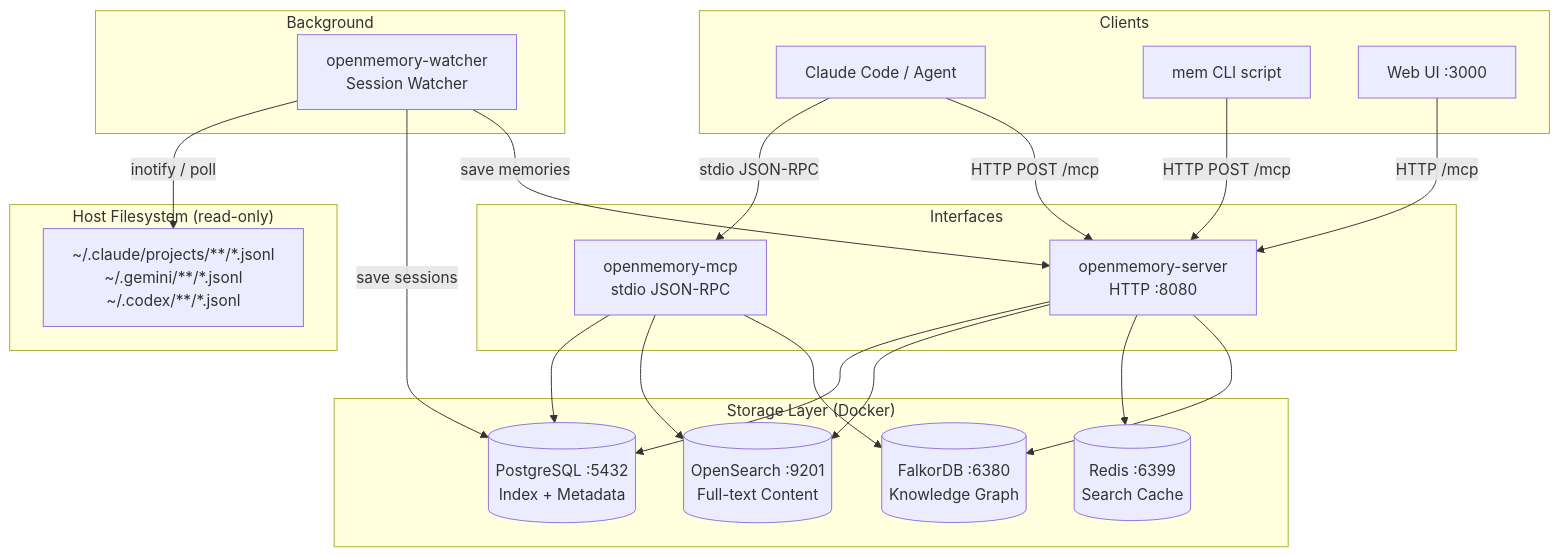
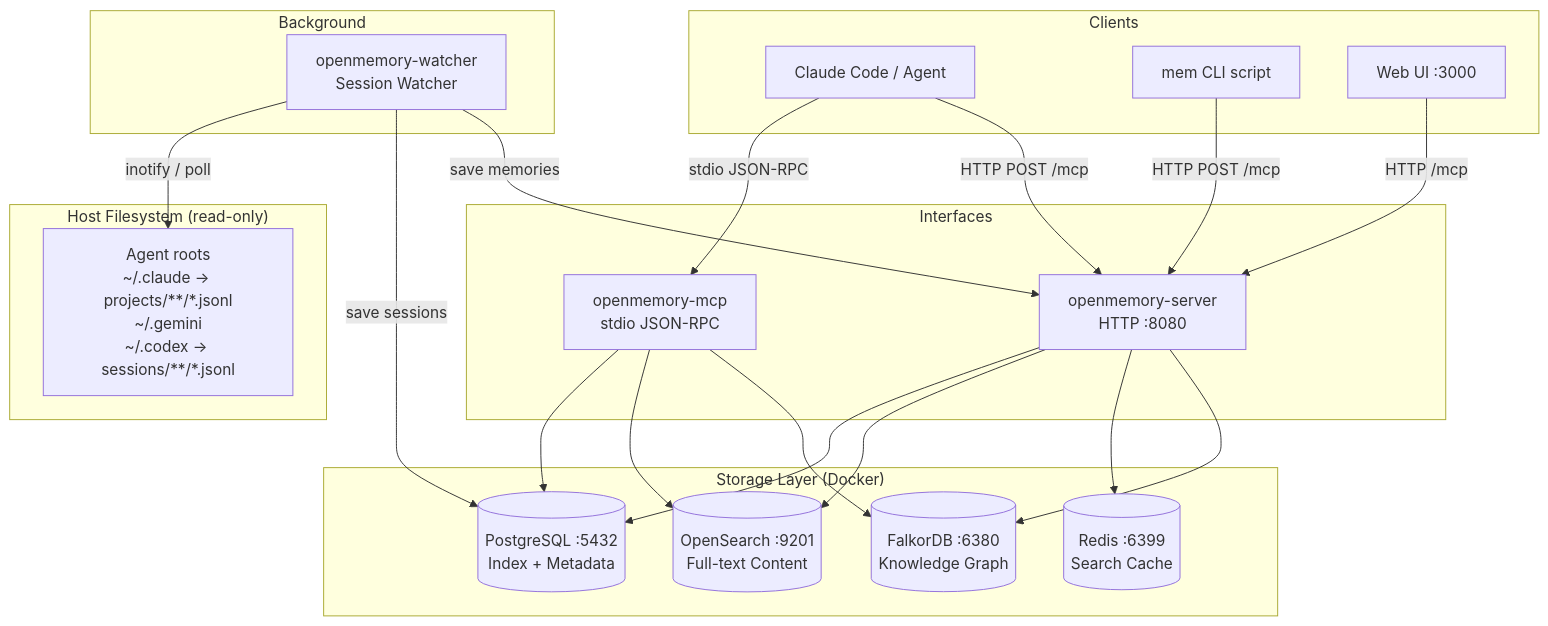
The first of 3 diagrams in docs/design/architecture.md (OpenTech-Lab/openmemory), drawn with Mermaid before and after one commit. The commit also changed 11 other files, not shown here.

Commit message:
feat: update agent paths and enhance session handling for Claude, Codex, and Gemini

````diff
--- a/docs/design/architecture.md
+++ b/docs/design/architecture.md
@@ -11,46 +11,46 @@
 ```mermaid
 graph TB
     subgraph Clients
         CC[Claude Code / Agent]
         CLI[mem CLI script]
         WEB[Web UI :3000]
     end
 
     subgraph Interfaces
         MCP_STDIO[openmemory-mcp\nstdio JSON-RPC]
         HTTP[openmemory-server\nHTTP :8080]
     end
 
     subgraph Background
         WATCHER[openmemory-watcher\nSession Watcher]
     end
 
     subgraph Storage["Storage Layer (Docker)"]
         PG[(PostgreSQL :5432\nIndex + Metadata)]
         OS[(OpenSearch :9201\nFull-text Content)]
         REDIS[(Redis :6399\nSearch Cache)]
         FALKOR[(FalkorDB :6380\nKnowledge Graph)]
     end
 
     subgraph HostFS["Host Filesystem (read-only)"]
-        JSONL[~/.claude/projects/**/*.jsonl\n~/.gemini/**/*.jsonl\n~/.codex/**/*.jsonl]
+        JSONL[Agent roots\n~/.claude → projects/**/*.jsonl\n~/.gemini\n~/.codex → sessions/**/*.jsonl]
     end
 
     CC -->|stdio JSON-RPC| MCP_STDIO
     CC -->|HTTP POST /mcp| HTTP
     CLI -->|HTTP POST /mcp| HTTP
     WEB -->|HTTP /mcp| HTTP
 
     MCP_STDIO --> PG
     MCP_STDIO --> OS
     MCP_STDIO --> FALKOR
 
     HTTP --> PG
     HTTP --> OS
     HTTP --> REDIS
     HTTP --> FALKOR
 
     WATCHER -->|inotify / poll| JSONL
     WATCHER -->|save sessions| PG
     WATCHER -->|save memories| HTTP
 ```
````
